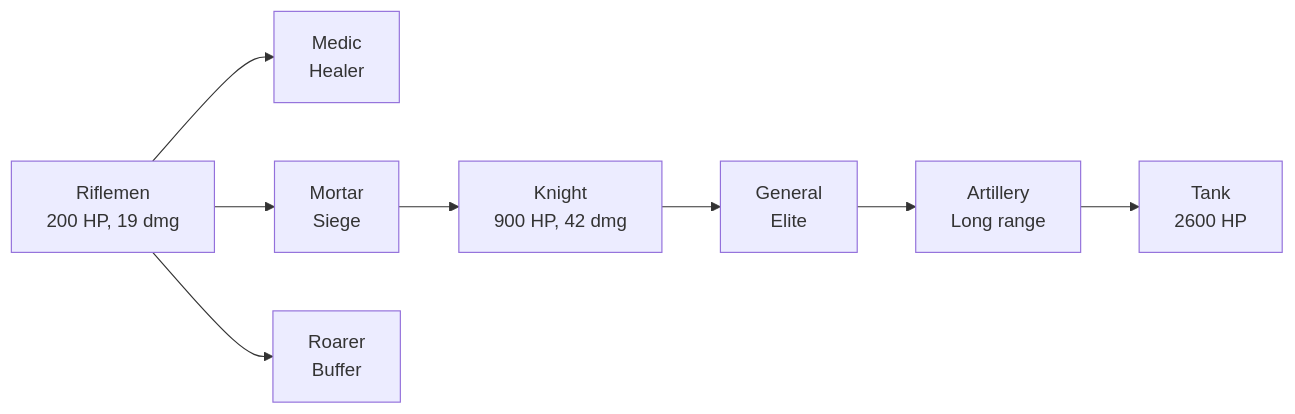
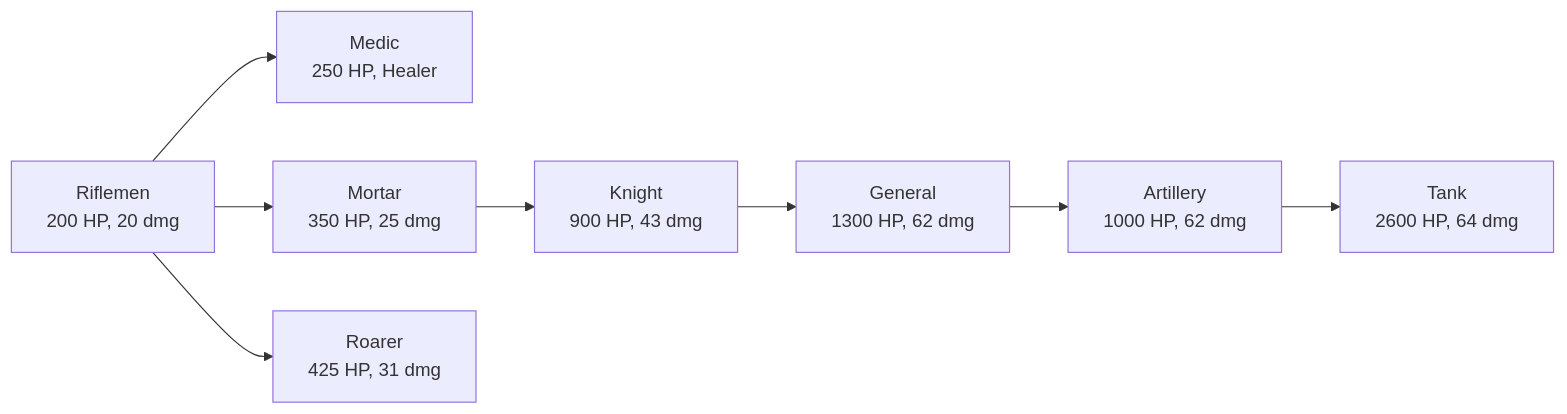
The second of 5 diagrams in docs/gameplay/units.md (Warcraft-3-Risk/wc3-risk-system), drawn with Mermaid before and after one commit. The commit also changed other lines of this file and 47 other files, not shown here.

````diff
--- a/docs/gameplay/units.md
+++ b/docs/gameplay/units.md
@@ -65,10 +78,10 @@
 ```mermaid
 flowchart LR
-    R[Riflemen<br/>200 HP, 19 dmg] --> M[Medic<br/>Healer]
-    R --> Mo[Mortar<br/>Siege]
-    R --> Ro[Roarer<br/>Buffer]
-    Mo --> K[Knight<br/>900 HP, 42 dmg]
-    K --> G[General<br/>Elite]
-    G --> A[Artillery<br/>Long range]
-    A --> T[Tank<br/>2600 HP]
+    R[Riflemen<br/>200 HP, 20 dmg] --> M[Medic<br/>250 HP, Healer]
+    R --> Mo[Mortar<br/>350 HP, 25 dmg]
+    R --> Ro[Roarer<br/>425 HP, 31 dmg]
+    Mo --> K[Knight<br/>900 HP, 43 dmg]
+    K --> G[General<br/>1300 HP, 62 dmg]
+    G --> A[Artillery<br/>1000 HP, 62 dmg]
+    A --> T[Tank<br/>2600 HP, 64 dmg]
 ```
````
